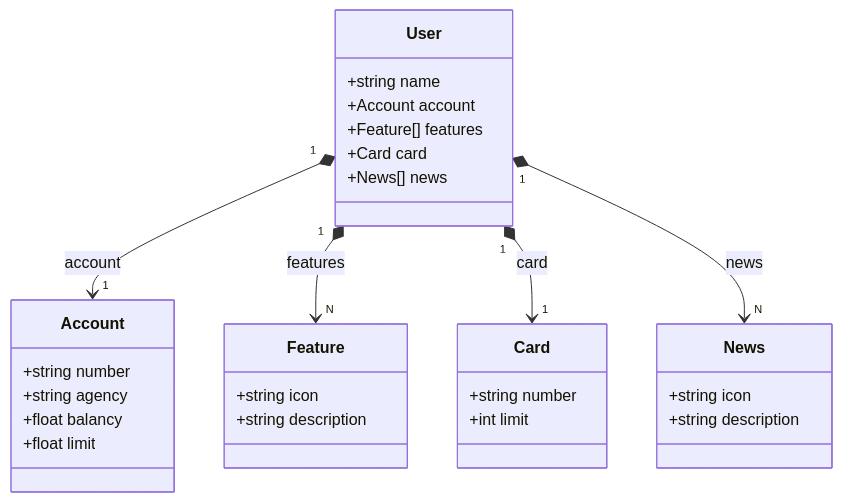
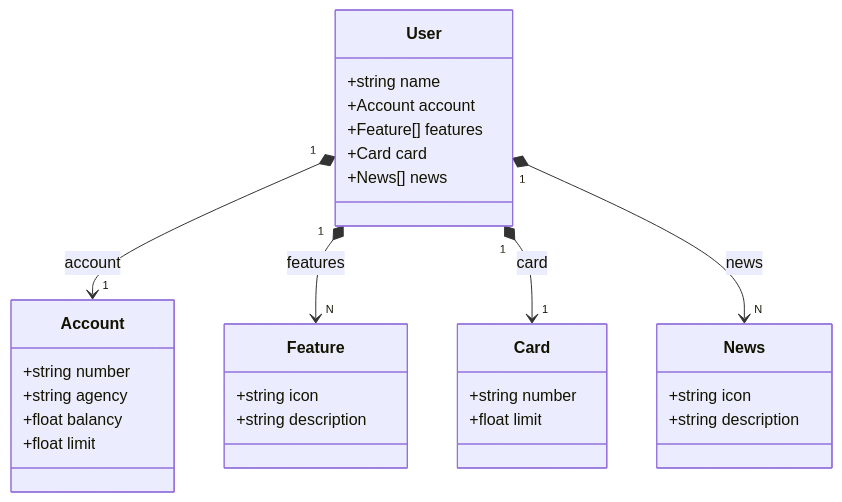
One commit to norwalneto/REST-Spring changed the diagram in README.md. Above: the diagram before and after it, drawn with Mermaid.

````diff
--- a/README.md
+++ b/README.md
@@ -5,37 +5,37 @@
  ```mermaid
 classDiagram
     class User {
         +string name
         +Account account
         +Feature[] features
         +Card card
         +News[] news
     }
     
     class Account {
         +string number
         +string agency
         +float balancy
         +float limit
     }
     
     class Feature {
         +string icon
         +string description
     }
     
     class Card {
         +string number
-        +int limit
+        +float limit
     }
     
     class News {
         +string icon
         +string description
     }
     
     User "1" *--> "1" Account : account
     User "1" *--> "N" Feature : features
     User "1" *--> "1" Card : card
     User "1" *--> "N" News : news
 ```
````
